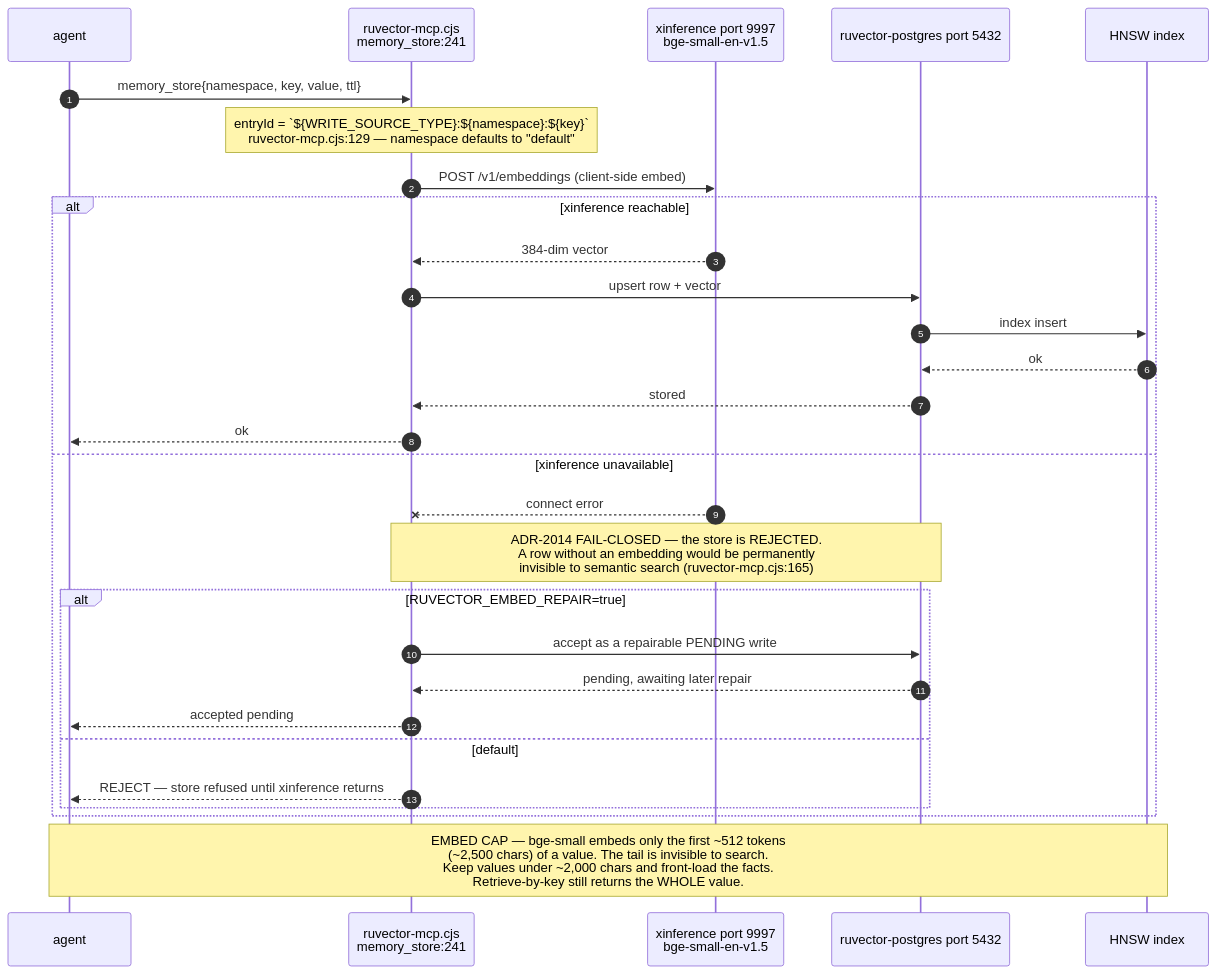
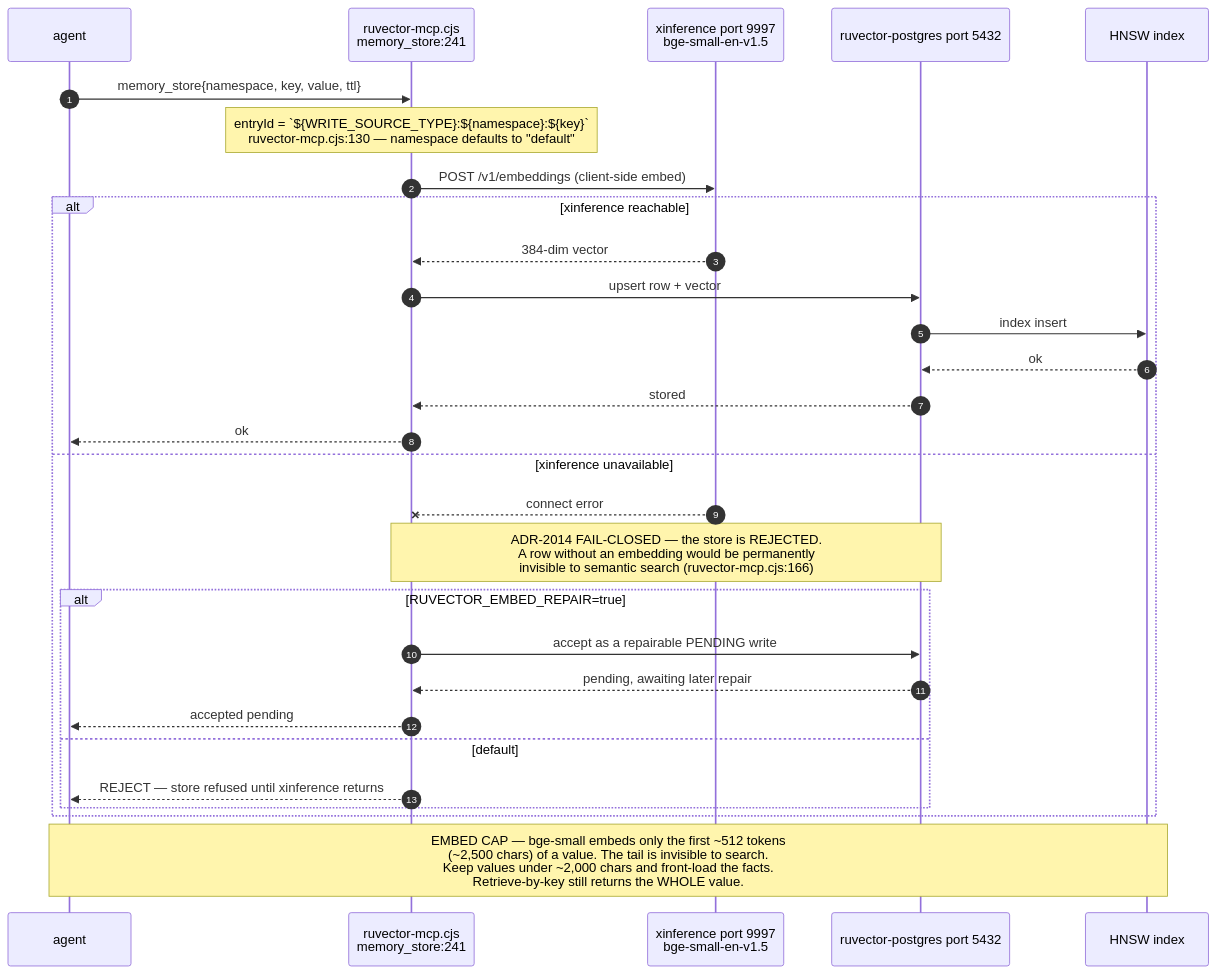
One commit to DreamLab-AI/VisionFlow changed the second of 10 diagrams in docs/diagrams/estate/07-memory-and-embedding-estate.md. Above: the diagram before and after it, drawn with Mermaid. The commit also changed other lines of this file and 12 other files, not shown here.

````diff
--- a/docs/diagrams/estate/07-memory-and-embedding-estate.md
+++ b/docs/diagrams/estate/07-memory-and-embedding-estate.md
@@ -66,32 +66,32 @@
 ```mermaid
 sequenceDiagram
     autonumber
     participant A as agent
     participant M as ruvector-mcp.cjs<br/>memory_store:241
     participant X as xinference port 9997<br/>bge-small-en-v1.5
     participant P as ruvector-postgres port 5432
     participant H as HNSW index
 
     A->>M: memory_store{namespace, key, value, ttl}
-    Note over M: entryId = `${WRITE_SOURCE_TYPE}:${namespace}:${key}`<br/>ruvector-mcp.cjs:129 — namespace defaults to "default"
+    Note over M: entryId = `${WRITE_SOURCE_TYPE}:${namespace}:${key}`<br/>ruvector-mcp.cjs:130 — namespace defaults to "default"
     M->>X: POST /v1/embeddings (client-side embed)
     alt xinference reachable
         X-->>M: 384-dim vector
         M->>P: upsert row + vector
         P->>H: index insert
         H-->>P: ok
         P-->>M: stored
         M-->>A: ok
     else xinference unavailable
         X--xM: connect error
-        Note over M,P: ADR-2014 FAIL-CLOSED — the store is REJECTED.<br/>A row without an embedding would be permanently<br/>invisible to semantic search (ruvector-mcp.cjs:165)
+        Note over M,P: ADR-2014 FAIL-CLOSED — the store is REJECTED.<br/>A row without an embedding would be permanently<br/>invisible to semantic search (ruvector-mcp.cjs:166)
         alt RUVECTOR_EMBED_REPAIR=true
             M->>P: accept as a repairable PENDING write
             P-->>M: pending, awaiting later repair
             M-->>A: accepted pending
         else default
             M-->>A: REJECT — store refused until xinference returns
         end
     end
     Note over A,H: EMBED CAP — bge-small embeds only the first ~512 tokens<br/>(~2,500 chars) of a value. The tail is invisible to search.<br/>Keep values under ~2,000 chars and front-load the facts.<br/>Retrieve-by-key still returns the WHOLE value.
 ```
````
